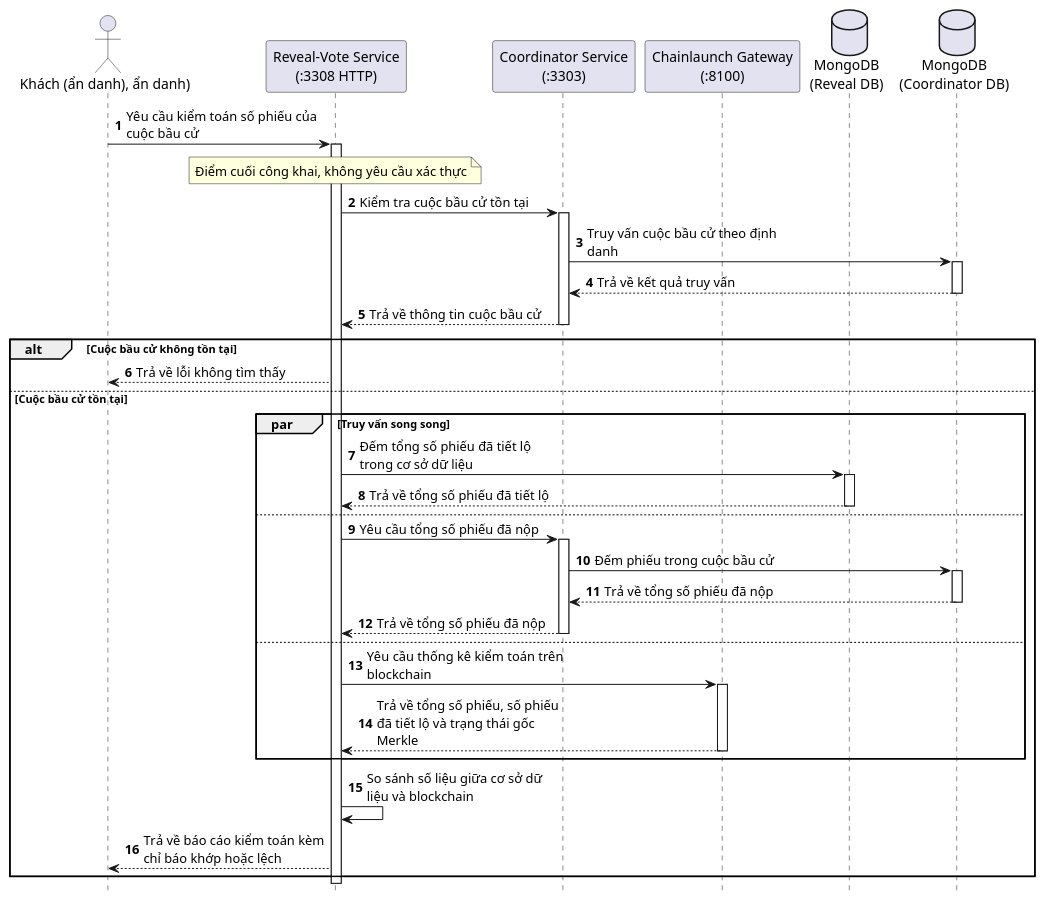
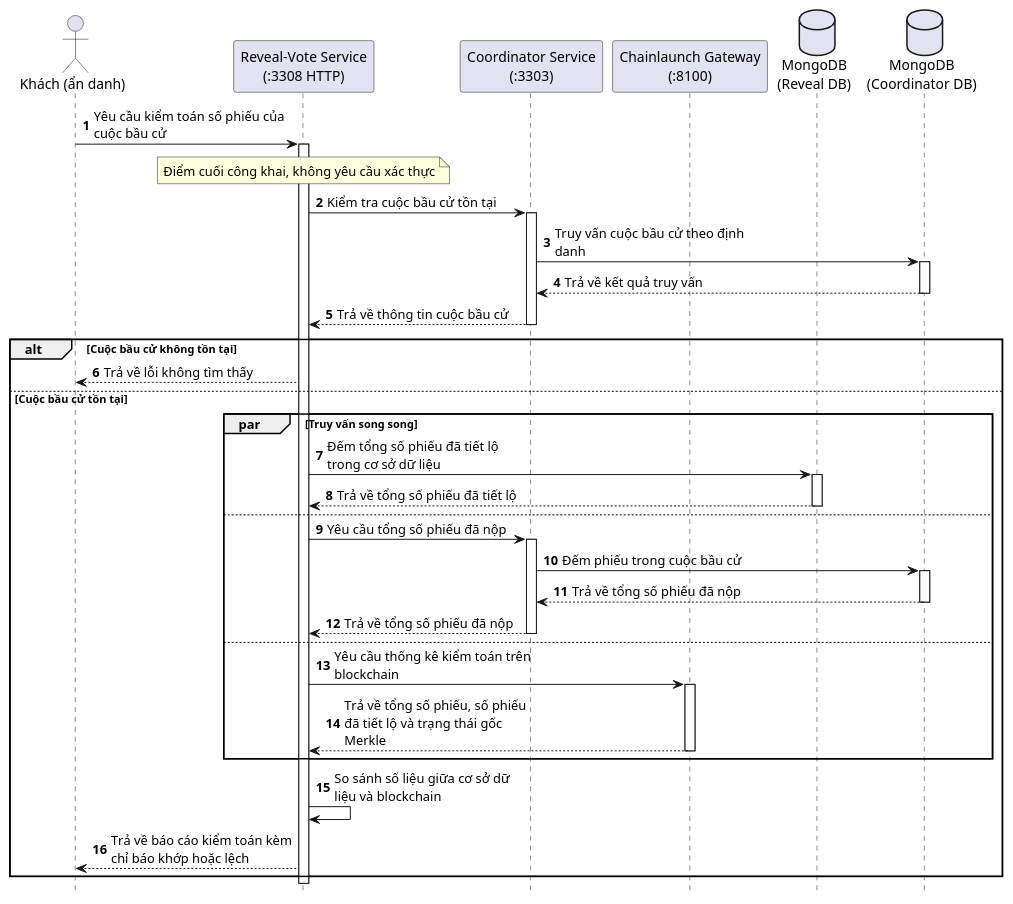
Before and after one commit to Tuienn/e-voting-latex: the diagram in PlantUML/Sequence/Kiem-toan-so-phieu.puml, drawn with PlantUML. The commit also changed 54 other files, not shown here.

```diff
--- a/PlantUML/Sequence/Kiem-toan-so-phieu.puml
+++ b/PlantUML/Sequence/Kiem-toan-so-phieu.puml
@@ -1,59 +1,59 @@
 @startuml KiemToanSoPhieu
 hide footbox
 autonumber
 skinparam maxMessageSize 200
 
-actor "Khách (ẩn danh), ẩn danh)" as Guest
+actor "Khách (ẩn danh)" as Guest
 participant "Reveal-Vote Service\n(:3308 HTTP)" as Reveal
 participant "Coordinator Service\n(:3303)" as Coordinator
 participant "Chainlaunch Gateway\n(:8100)" as Fabric
 database "MongoDB\n(Reveal DB)" as ReDB
 database "MongoDB\n(Coordinator DB)" as CoDB
 
 Guest -> Reveal: Yêu cầu kiểm toán số phiếu của cuộc bầu cử
 activate Reveal
 
 note over Reveal
   Điểm cuối công khai, không yêu cầu xác thực
 end note
 
 Reveal -> Coordinator: Kiểm tra cuộc bầu cử tồn tại
 activate Coordinator
 Coordinator -> CoDB: Truy vấn cuộc bầu cử theo định danh
 activate CoDB
 CoDB --> Coordinator: Trả về kết quả truy vấn
 deactivate CoDB
 Coordinator --> Reveal: Trả về thông tin cuộc bầu cử
 deactivate Coordinator
 
 alt Cuộc bầu cử không tồn tại
   Reveal --> Guest: Trả về lỗi không tìm thấy
 else Cuộc bầu cử tồn tại
   par Truy vấn song song
     Reveal -> ReDB: Đếm tổng số phiếu đã tiết lộ trong cơ sở dữ liệu
     activate ReDB
     ReDB --> Reveal: Trả về tổng số phiếu đã tiết lộ
     deactivate ReDB
   else
     Reveal -> Coordinator: Yêu cầu tổng số phiếu đã nộp
     activate Coordinator
     Coordinator -> CoDB: Đếm phiếu trong cuộc bầu cử
     activate CoDB
     CoDB --> Coordinator: Trả về tổng số phiếu đã nộp
     deactivate CoDB
     Coordinator --> Reveal: Trả về tổng số phiếu đã nộp
     deactivate Coordinator
   else
     Reveal -> Fabric: Yêu cầu thống kê kiểm toán trên blockchain
     activate Fabric
     Fabric --> Reveal: Trả về tổng số phiếu, số phiếu đã tiết lộ và trạng thái gốc Merkle
     deactivate Fabric
   end
 
   Reveal -> Reveal: So sánh số liệu giữa cơ sở dữ liệu và blockchain
 
   Reveal --> Guest: Trả về báo cáo kiểm toán kèm chỉ báo khớp hoặc lệch
 end
 
 deactivate Reveal
 @enduml
```
